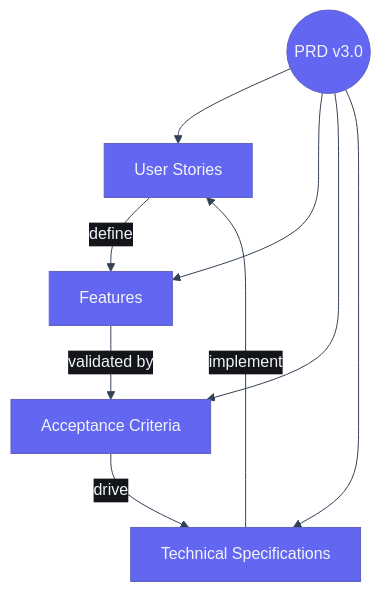
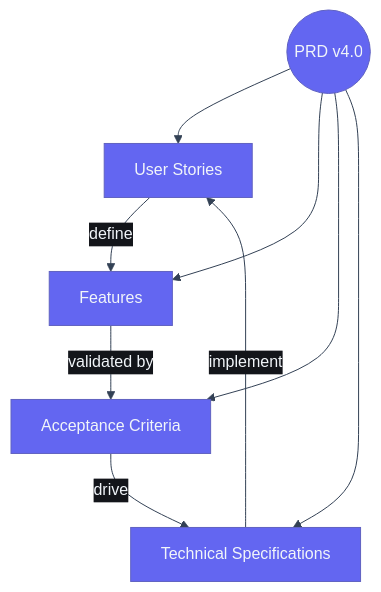
Before and after one commit to rohitkumarnaidu/ARIA-OS---SecondBrain-: the diagram in docs/product/02_PRD.md, drawn with Mermaid. The commit also changed other lines of this file and 9 other files, not shown here.

````diff
--- a/docs/product/02_PRD.md
+++ b/docs/product/02_PRD.md
@@ -18,12 +20,12 @@
 ```mermaid
 %%{init: {"theme": "base", "themeVariables": {"background": "#0A0B0F", "primaryColor": "#6366F1", "primaryTextColor": "#F1F5F9", "secondaryColor": "#13151A", "secondaryTextColor": "#94A3B8", "tertiaryColor": "#00FFA3", "tertiaryTextColor": "#0A0B0F", "lineColor": "#334155", "fontFamily": "DM Sans, sans-serif"}}}%%
 graph TD
     US[User Stories] -->|define| FEAT[Features]
     FEAT -->|validated by| AC[Acceptance Criteria]
     AC -->|drive| TECH[Technical Specifications]
     TECH -->|implement| US
-    PRD((PRD v3.0)) --> US
+    PRD((PRD v4.0)) --> US
     PRD --> FEAT
     PRD --> AC
     PRD --> TECH
 ```
````
